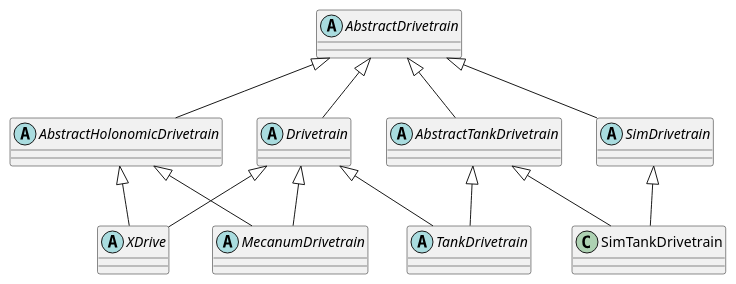
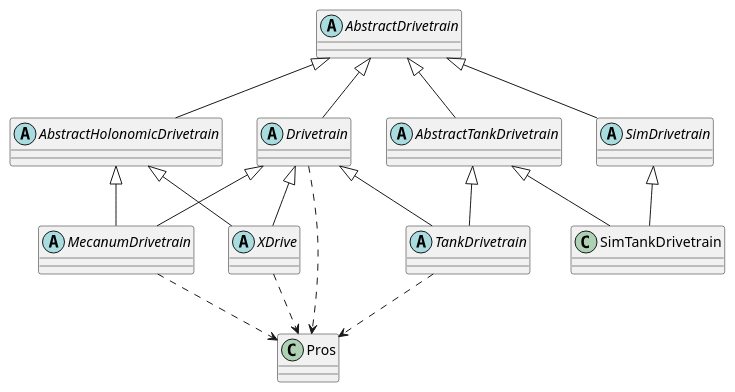
One commit to alexDickhans/pronounce-this changed the diagram in include/chassis/chassis.puml. Above: the diagram before and after it, drawn with PlantUML. The commit also changed 12 other files, not shown here.

```diff
--- a/include/chassis/chassis.puml
+++ b/include/chassis/chassis.puml
@@ -1,35 +1,42 @@
 @startuml
 abstract "AbstractDrivetrain" as abstractDrivetrain
 abstract "AbstractHolonomicDrivetrain" as abstractHolonomicDrivetrain
 abstract "AbstractTankDrivetrain" as abstractTankDrivetrain
 
 abstractDrivetrain <|-- abstractHolonomicDrivetrain
 abstractDrivetrain <|-- abstractTankDrivetrain
 
 abstract "SimDrivetrain" as simDrivetrain
 class "SimTankDrivetrain" as simTankDrivetrain
 
 abstractDrivetrain <|-- simDrivetrain
 simDrivetrain <|-- simTankDrivetrain
 abstractTankDrivetrain <|-- simTankDrivetrain
 
 abstract "Drivetrain" as drivetrain
 
 abstractDrivetrain <|-- drivetrain
 
 abstract "XDrive" as xdrive
 
 drivetrain <|-- xdrive
 abstractHolonomicDrivetrain <|-- xdrive
 
 abstract "MecanumDrivetrain" as mecanumDrivetrain
 
 drivetrain <|-- mecanumDrivetrain
 abstractHolonomicDrivetrain <|-- mecanumDrivetrain
 
 abstract "TankDrivetrain" as tankDrivetrain
 
 drivetrain <|-- tankDrivetrain
 abstractTankDrivetrain <|-- tankDrivetrain
 
+class "Pros" as pros
+
+drivetrain ..> pros
+xdrive ..> pros
+mecanumDrivetrain ..> pros
+tankDrivetrain ..> pros
+
 @enduml
```
